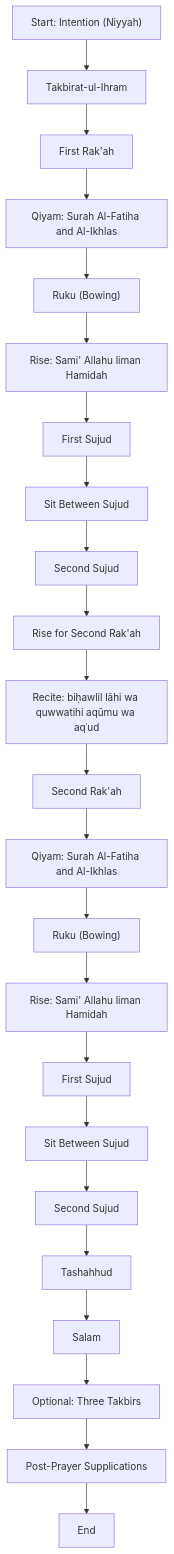
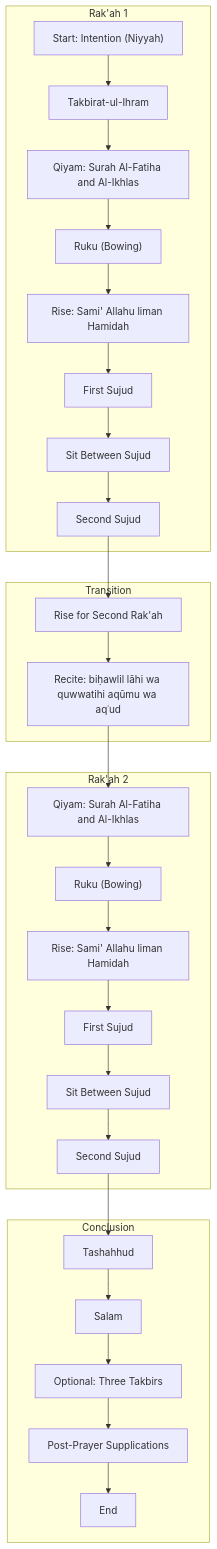
One commit to malh/Shia-Salat-Guide changed the diagram in 1-Fajr.md. Above: the diagram before and after it, drawn with Mermaid.

````diff
--- a/1-Fajr.md
+++ b/1-Fajr.md
@@ -5,25 +5,34 @@
 ```mermaid
-    graph TD
-    A["Start: Intention (Niyyah)"] --> B["Takbirat-ul-Ihram"]
-    B --> C["First Rak'ah"]
-    C --> C1["Qiyam: Surah Al-Fatiha and Al-Ikhlas"]
-    C1 --> D["Ruku (Bowing)"]
-    D --> D1["Rise: Sami' Allahu liman Hamidah"]
-    D1 --> E["First Sujud"]
-    E --> F["Sit Between Sujud"]
-    F --> G["Second Sujud"]
-    G --> H["Rise for Second Rak'ah"]
-    H --> H1["Recite: biḥawlil lāhi wa quwwatihi aqūmu wa aqʿud"]
-    H1 --> I["Second Rak'ah"]
-    I --> I1["Qiyam: Surah Al-Fatiha and Al-Ikhlas"]
-    I1 --> J["Ruku (Bowing)"]
-    J --> J1["Rise: Sami' Allahu liman Hamidah"]
-    J1 --> K["First Sujud"]
-    K --> L["Sit Between Sujud"]
-    L --> M["Second Sujud"]
-    M --> N["Tashahhud"]
-    N --> O["Salam"]
-    O --> P["Optional: Three Takbirs"]
-    P --> Q["Post-Prayer Supplications"]
-    Q --> R["End"]
+graph TD
+    subgraph Rak'ah 1
+        A1["Start: Intention (Niyyah)"] --> B1["Takbirat-ul-Ihram"]
+        B1 --> C1["Qiyam: Surah Al-Fatiha and Al-Ikhlas"]
+        C1 --> D1["Ruku (Bowing)"]
+        D1 --> E1["Rise: Sami' Allahu liman Hamidah"]
+        E1 --> F1["First Sujud"]
+        F1 --> G1["Sit Between Sujud"]
+        G1 --> H1["Second Sujud"]
+    end
+
+    subgraph Transition
+        H1 --> I["Rise for Second Rak'ah"]
+        I --> J["Recite: biḥawlil lāhi wa quwwatihi aqūmu wa aqʿud"]
+    end
+
+    subgraph Rak'ah 2
+        J --> C2["Qiyam: Surah Al-Fatiha and Al-Ikhlas"]
+        C2 --> D2["Ruku (Bowing)"]
+        D2 --> E2["Rise: Sami' Allahu liman Hamidah"]
+        E2 --> F2["First Sujud"]
+        F2 --> G2["Sit Between Sujud"]
+        G2 --> H2["Second Sujud"]
+    end
+
+    subgraph Conclusion
+        H2 --> N["Tashahhud"]
+        N --> O["Salam"]
+        O --> P["Optional: Three Takbirs"]
+        P --> Q["Post-Prayer Supplications"]
+        Q --> R["End"]
+    end
 ```
````
